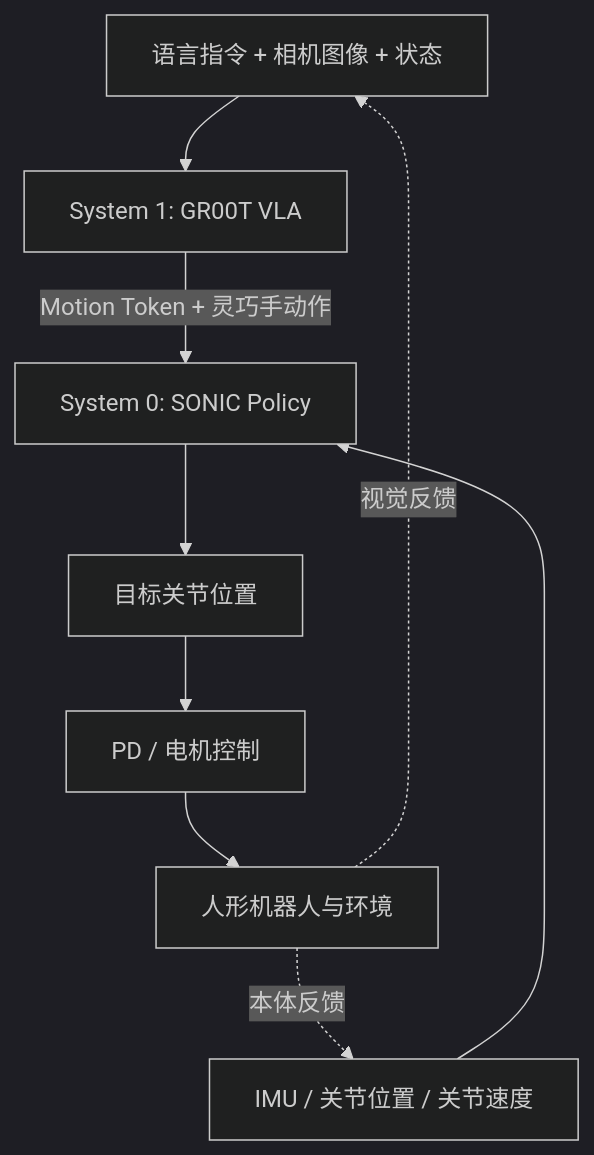
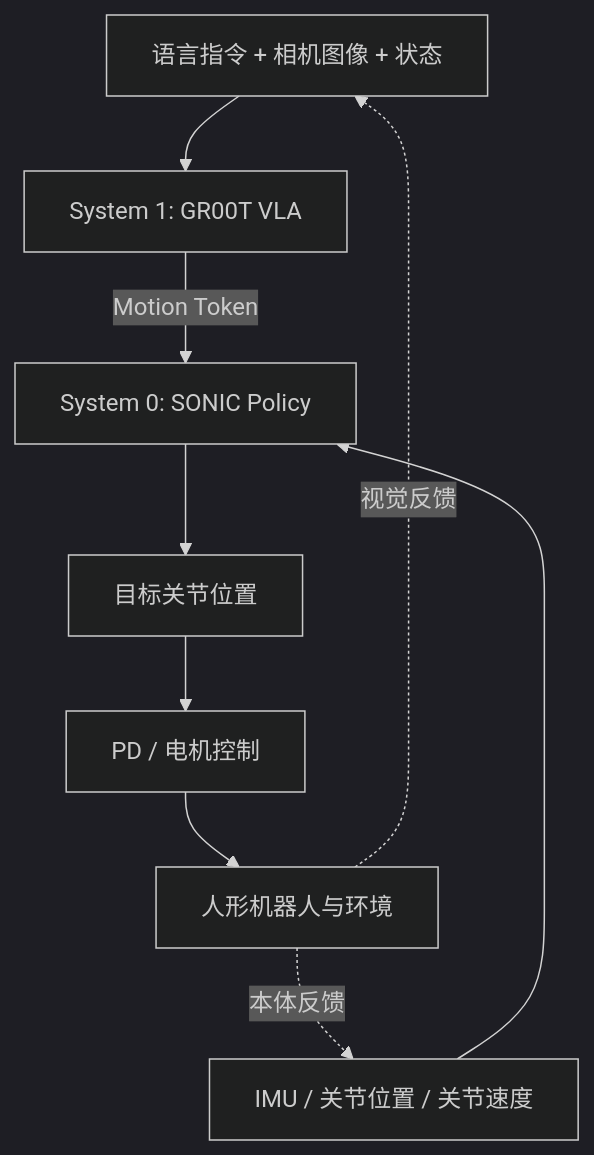
One commit to zengxiong111/Foundation_of_Embodied_AI changed the second of 5 diagrams in md/System1_System0_GR00T_SONIC_CN.md. Above: the diagram before and after it, drawn with Mermaid (dark theme). The commit also changed other lines of this file and 60 other files, not shown here.

````diff
--- a/md/System1_System0_GR00T_SONIC_CN.md
+++ b/md/System1_System0_GR00T_SONIC_CN.md
@@ -84,11 +84,11 @@
 ```mermaid
 flowchart TD
     A[语言指令 + 相机图像 + 状态] --> B[System 1: GR00T VLA]
-    B -->|Motion Token + 灵巧手动作| C[System 0: SONIC Policy]
+    B -->|Motion Token| C[System 0: SONIC Policy]
     D[IMU / 关节位置 / 关节速度] --> C
     C --> E[目标关节位置]
     E --> F[PD / 电机控制]
     F --> G[人形机器人与环境]
     G -.视觉反馈.-> A
     G -.本体反馈.-> D
 ```
````
